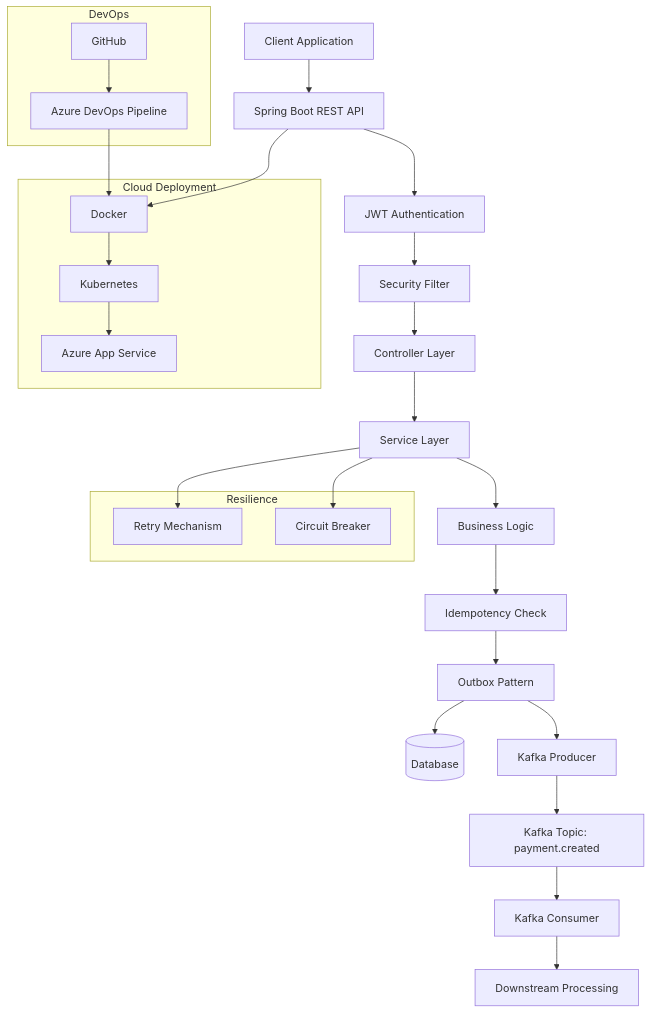
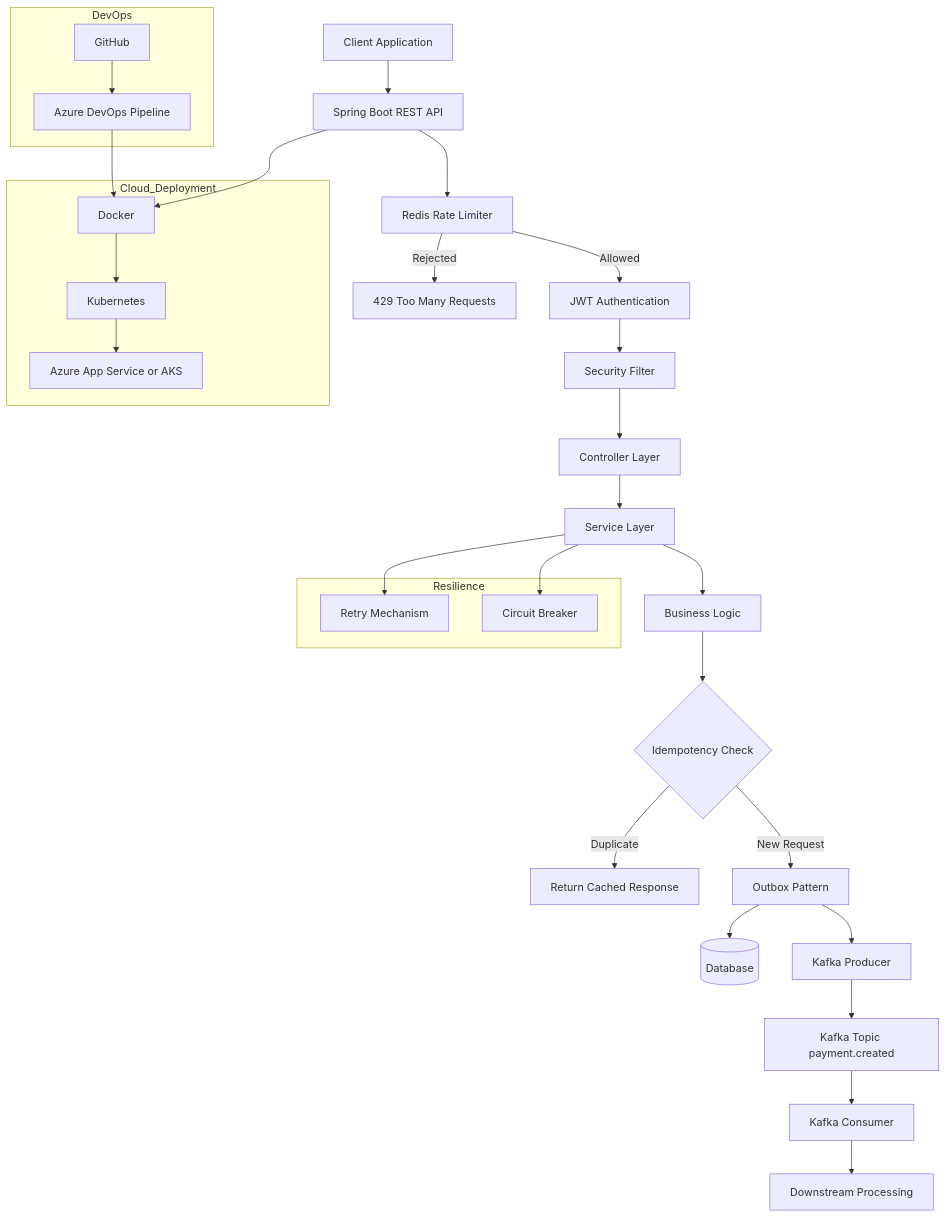
The diagram in README.md (suryanarayananabinaya-tech/payment), drawn with Mermaid before and after one commit.

````diff
--- a/README.md
+++ b/README.md
@@ -33,49 +33,49 @@
 ```mermaid
 flowchart TD
+    A[Client Application] --> B[Spring Boot REST API]
+    B --> RL[Redis Rate Limiter]
+    RL -->|Allowed| C[JWT Authentication]
+    RL -->|Rejected| ERR[429 Too Many Requests]
 
-A[Client Application] --> B[Spring Boot REST API]
+    C --> D[Security Filter]
+    D --> E[Controller Layer]
+    E --> F[Service Layer]
 
-B --> C[JWT Authentication]
-C --> D[Security Filter]
+    F --> G[Business Logic]
+    G --> H{Idempotency Check}
 
-D --> E[Controller Layer]
-E --> F[Service Layer]
+    H -->|Duplicate| RESP[Return Cached Response]
+    H -->|New Request| I[Outbox Pattern]
 
-F --> G[Business Logic]
-G --> H[Idempotency Check]
-H --> I[Outbox Pattern]
+    I --> J[(Database)]
+    I --> K[Kafka Producer]
+    K --> L[Kafka Topic payment.created]
+    L --> M[Kafka Consumer]
+    M --> N[Downstream Processing]
 
-I --> J[(Database)]
-I --> K[Kafka Producer]
+    subgraph Resilience
+        R1[Retry Mechanism]
+        R2[Circuit Breaker]
+    end
 
-K --> L[Kafka Topic: payment.created]
+    F --> R1
+    F --> R2
 
-L --> M[Kafka Consumer]
-M --> N[Downstream Processing]
+    subgraph Cloud_Deployment
+        O[Docker]
+        P[Kubernetes]
+        Q[Azure App Service or AKS]
+    end
 
-subgraph Resilience
-R1[Retry Mechanism]
-R2[Circuit Breaker]
-end
+    B --> O
+    O --> P
+    P --> Q
 
-F --> R1
-F --> R2
+    subgraph DevOps
+        S[GitHub]
+        T[Azure DevOps Pipeline]
+    end
 
-subgraph Cloud Deployment
-O[Docker]
-P[Kubernetes]
-Q[Azure App Service]
-end
-
-B --> O
-O --> P
-P --> Q
-
-subgraph DevOps
-S[GitHub]
-T[Azure DevOps Pipeline]
-end
-
-S --> T
-T --> O
+    S --> T
+    T --> O
 ```
````
